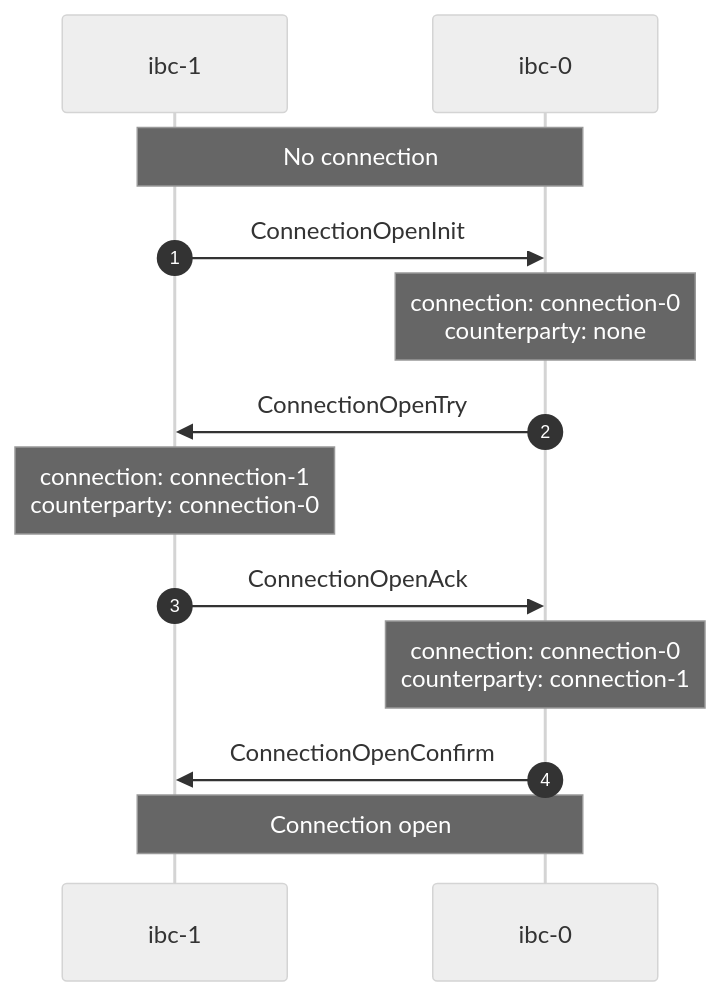
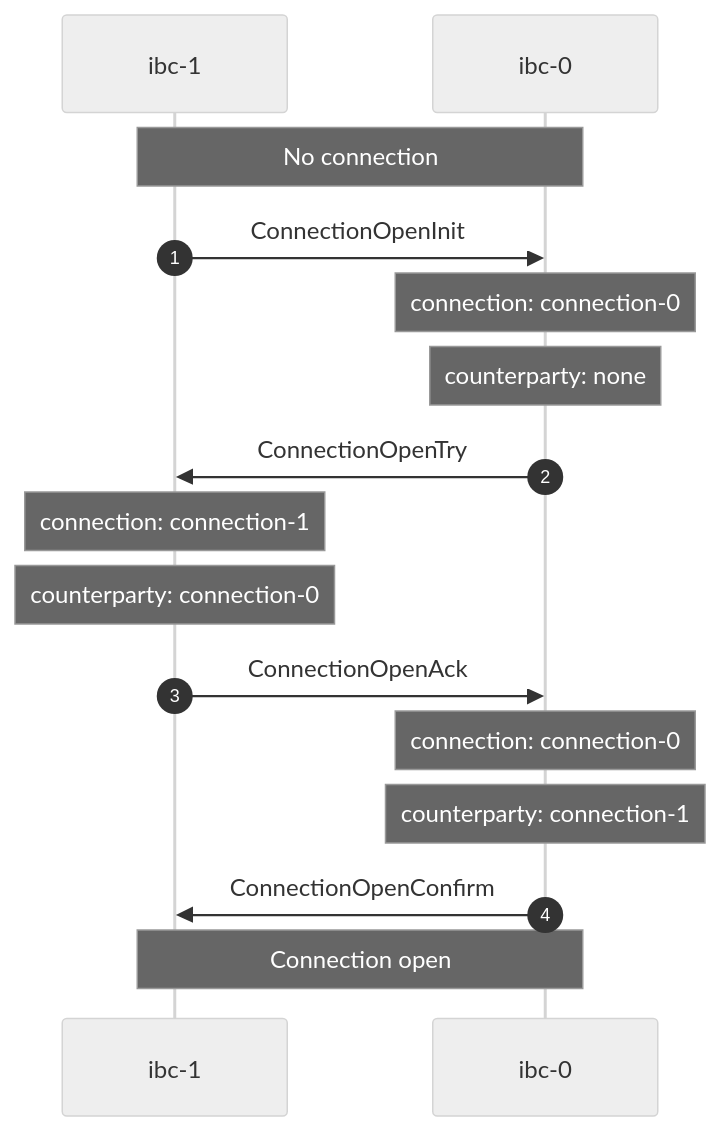
The diagram in guide/src/tx_connection.md (informalsystems/hermes), drawn with Mermaid (neutral theme) before and after one commit. The commit also changed 1 other file, not shown here.

Commit message:
Improve conn and chan diagrams

````diff
--- a/guide/src/tx_connection.md
+++ b/guide/src/tx_connection.md
@@ -7,15 +7,18 @@
 ```mermaid
 sequenceDiagram
     autonumber
     participant A as ibc-1
     participant B as ibc-0
     Note over A, B: No connection
     A->>B: ConnectionOpenInit
-    Note over B: connection: connection-0 <br /> counterparty: none
+    Note over B: connection: connection-0
+    Note over B: counterparty: none
     B->>A: ConnectionOpenTry
-    Note over A: connection: connection-1 <br /> counterparty: connection-0
+    Note over A: connection: connection-1
+    Note over A: counterparty: connection-0
     A->>B: ConnectionOpenAck
-    note over B: connection: connection-0 <br /> counterparty: connection-1
+    note over B: connection: connection-0
+    note over B: counterparty: connection-1
     B->>A: ConnectionOpenConfirm
     Note over A, B: Connection open
 ```
````
